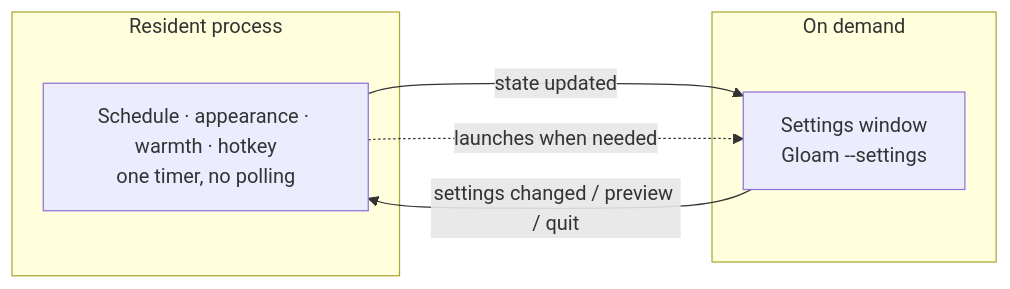
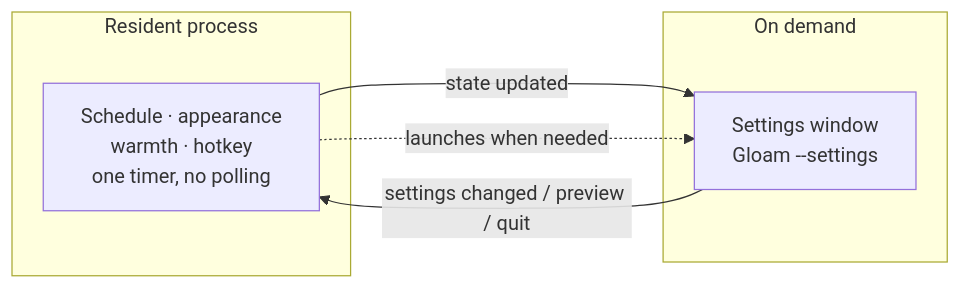
Before and after one commit to guangzhaoli/Gloam: the diagram in README.md, drawn with Mermaid. The commit also changed 1 other file, not shown here.

Commit message:
README: keep the architecture diagram readable on narrow screens

````diff
--- a/README.md
+++ b/README.md
@@ -56,12 +56,12 @@
 ```mermaid
 flowchart LR
     subgraph resident["Resident process"]
-        A["Schedule · appearance · warmth · hotkey<br/>one timer, no polling"]
+        A["Schedule · appearance<br/>warmth · hotkey<br/>one timer, no polling"]
     end
     subgraph ondemand["On demand"]
         S["Settings window<br/>Gloam --settings"]
     end
     S -- "settings changed / preview / quit" --> A
     A -- "state updated" --> S
     A -. "launches when needed" .-> S
 ```
````
